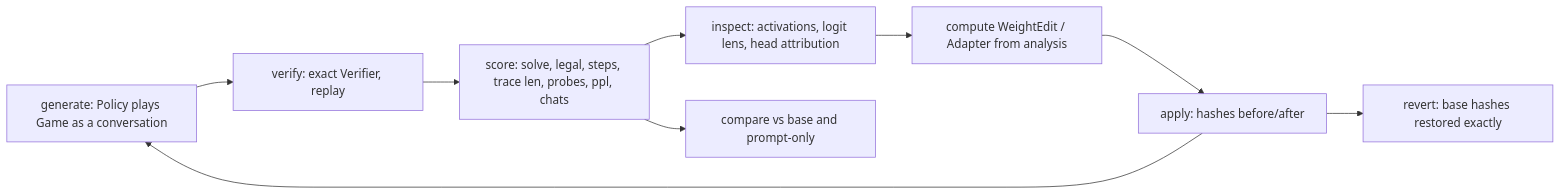
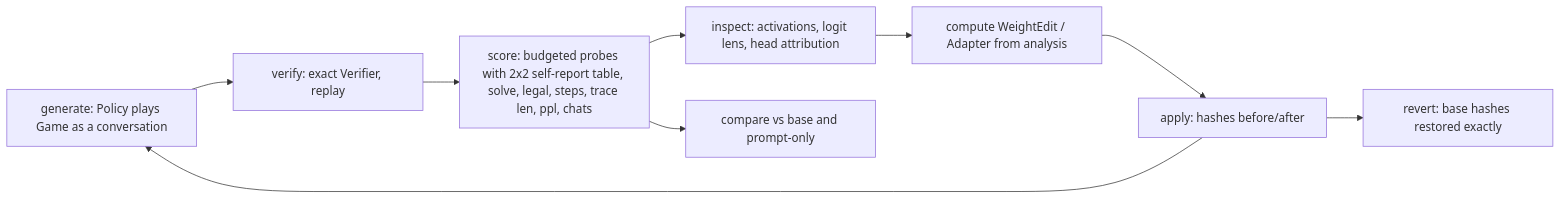
Before and after one commit to Glyphcore/tiny-reasoner: the second of 2 diagrams in spec/diagrams.md, drawn with Mermaid. The commit also changed other lines of this file and 7 other files, not shown here.

First line of the commit message:
probes: budgeted string probes, legality self-report vs verifier (2x2), tool-call probe, activation capture

````diff
--- a/spec/diagrams.md
+++ b/spec/diagrams.md
@@ -116,10 +136,10 @@
 ```mermaid
 flowchart LR
   G[generate: Policy plays Game as a conversation] --> V[verify: exact Verifier, replay]
-  V --> S[score: solve, legal, steps, trace len, probes, ppl, chats]
+  V --> S[score: budgeted probes with 2x2 self-report table, solve, legal, steps, trace len, ppl, chats]
   S --> I[inspect: activations, logit lens, head attribution]
   I --> E[compute WeightEdit / Adapter from analysis]
   E --> A[apply: hashes before/after] --> G
   S --> C[compare vs base and prompt-only]
   A --> R[revert: base hashes restored exactly]
 ```
````
